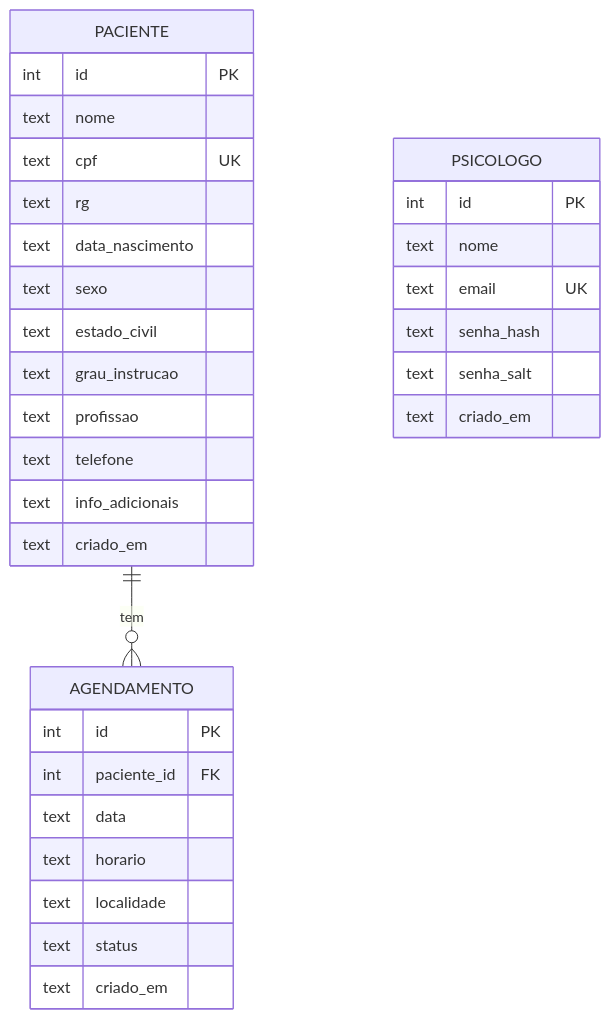
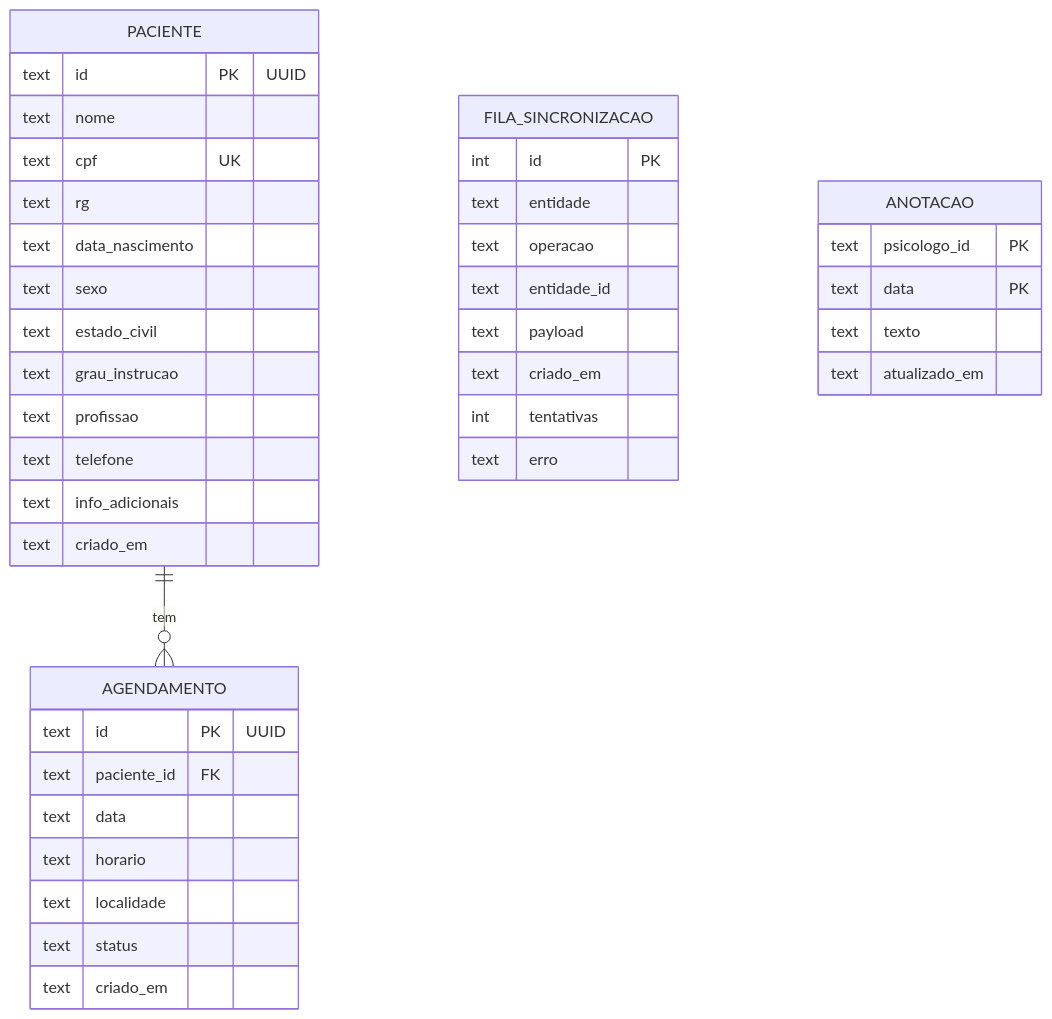
The second of 2 diagrams in README.md (joycegregorio/Cuidar.me-MOBILE), drawn with Mermaid before and after one commit. The commit also changed other lines of this file, not shown here.

````diff
--- a/README.md
+++ b/README.md
@@ -65,35 +118,43 @@
 ```mermaid
 erDiagram
     PACIENTE ||--o{ AGENDAMENTO : "tem"
     PACIENTE {
-        int id PK
+        text id PK "UUID"
         text nome
         text cpf UK
         text rg
         text data_nascimento
         text sexo
         text estado_civil
         text grau_instrucao
         text profissao
         text telefone
         text info_adicionais
         text criado_em
     }
     AGENDAMENTO {
-        int id PK
-        int paciente_id FK
+        text id PK "UUID"
+        text paciente_id FK
         text data
         text horario
         text localidade
         text status
         text criado_em
     }
-    PSICOLOGO {
+    FILA_SINCRONIZACAO {
         int id PK
-        text nome
-        text email UK
-        text senha_hash
-        text senha_salt
+        text entidade
+        text operacao
+        text entidade_id
+        text payload
         text criado_em
+        int tentativas
+        text erro
+    }
+    ANOTACAO {
+        text psicologo_id PK
+        text data PK
+        text texto
+        text atualizado_em
     }
 ```
````
